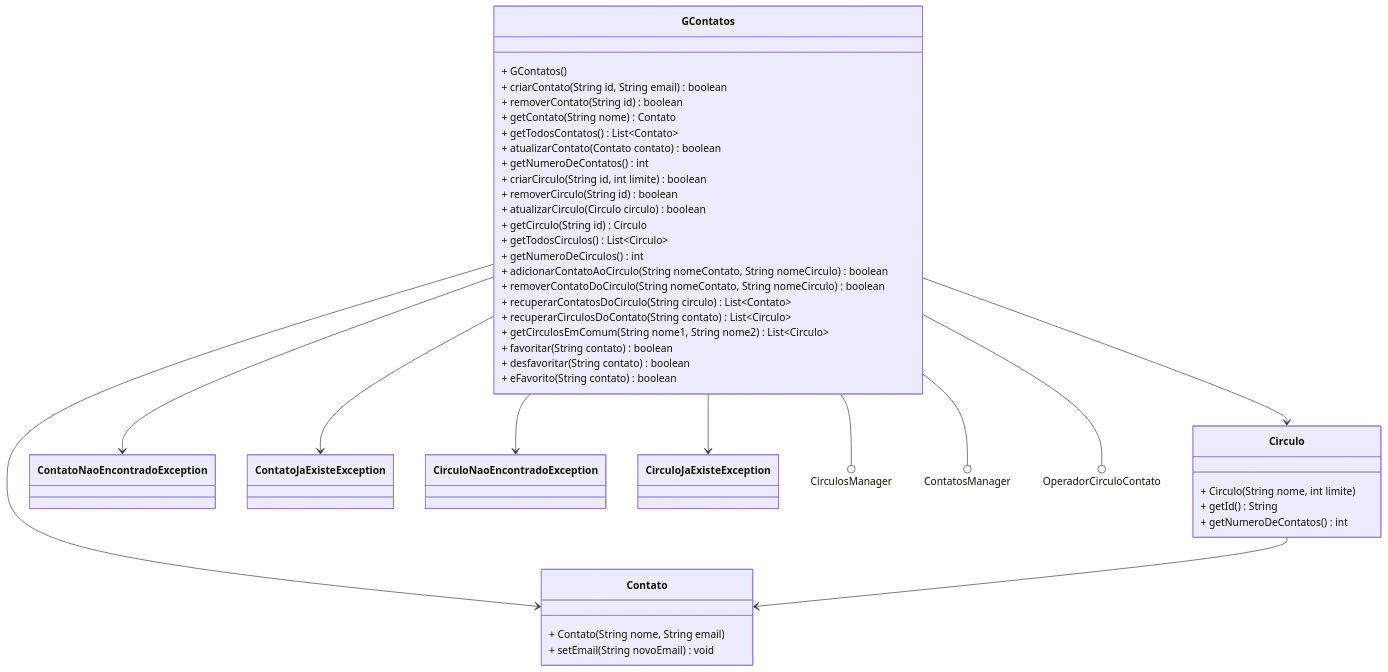
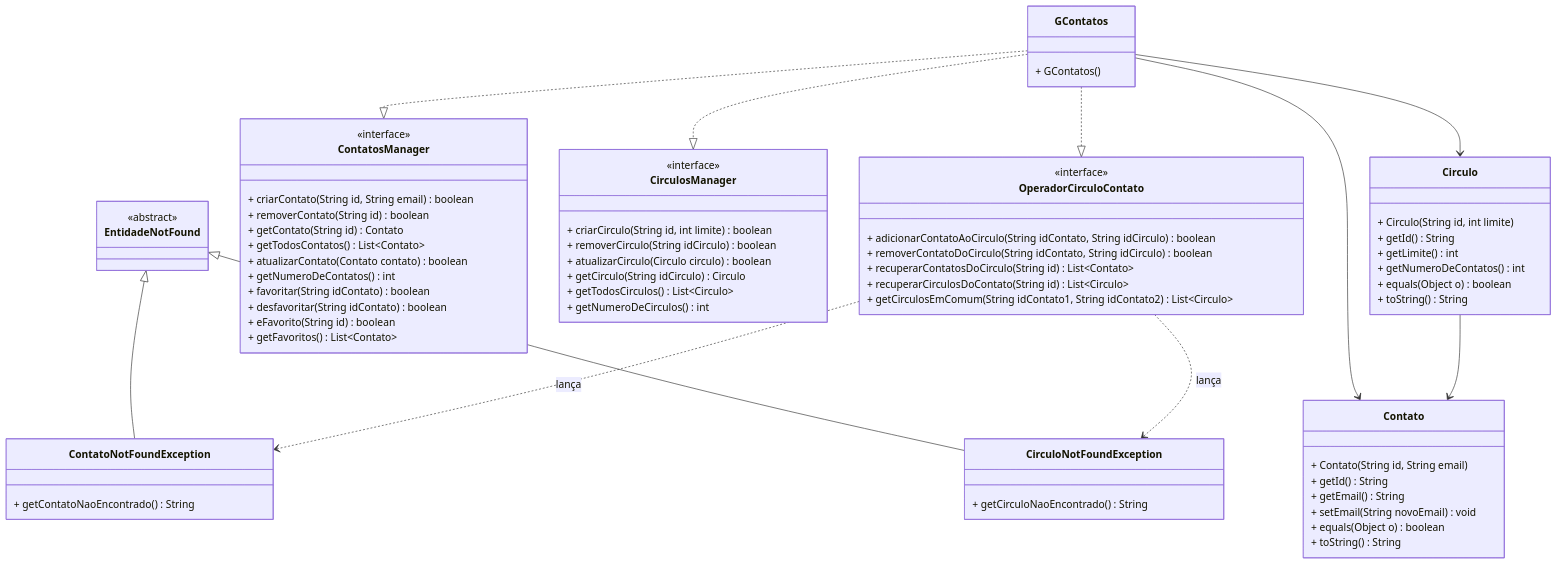
The diagram in README.md (profBruno-UFC-Qx/qxd0007-circulos), drawn with Mermaid before and after one commit. The commit also changed other lines of this file, not shown here.

````diff
--- a/README.md
+++ b/README.md
@@ -76,61 +92,80 @@
 ```mermaid
 classDiagram
     class Contato {
-        + Contato(String nome, String email)
+        + Contato(String id, String email)
+        + getId() String
+        + getEmail() String
         + setEmail(String novoEmail) void
+        + equals(Object o) boolean
+        + toString() String
     }
 
     class Circulo {
-        + Circulo(String nome, int limite)
+        + Circulo(String id, int limite)
         + getId() String
+        + getLimite() int
         + getNumeroDeContatos() int
+        + equals(Object o) boolean
+        + toString() String
+    }
+
+    class ContatosManager {
+        <<interface>>
+        + criarContato(String id, String email) boolean
+        + removerContato(String id) boolean
+        + getContato(String id) Contato
+        + getTodosContatos() List~Contato~
+        + atualizarContato(Contato contato) boolean
+        + getNumeroDeContatos() int
+        + favoritar(String idContato) boolean
+        + desfavoritar(String idContato) boolean
+        + eFavorito(String id) boolean
+        + getFavoritos() List~Contato~
+    }
+
+    class CirculosManager {
+        <<interface>>
+        + criarCirculo(String id, int limite) boolean
+        + removerCirculo(String idCirculo) boolean
+        + atualizarCirculo(Circulo circulo) boolean
+        + getCirculo(String idCirculo) Circulo
+        + getTodosCirculos() List~Circulo~
+        + getNumeroDeCirculos() int
+    }
+
+    class OperadorCirculoContato {
+        <<interface>>
+        + adicionarContatoAoCirculo(String idContato, String idCirculo) boolean
+        + removerContatoDoCirculo(String idContato, String idCirculo) boolean
+        + recuperarContatosDoCirculo(String id) List~Contato~
+        + recuperarCirculosDoContato(String id) List~Circulo~
+        + getCirculosEmComum(String idContato1, String idContato2) List~Circulo~
     }
 
     class GContatos {
         + GContatos()
-        + criarContato(String id, String email) boolean
-        + removerContato(String id) boolean
-        + getContato(String nome) Contato
-        + getTodosContatos() List~Contato~ 
-        + atualizarContato(Contato contato) boolean
-        + getNumeroDeContatos() int
-        + criarCirculo(String id, int limite) boolean
-        + removerCirculo(String id) boolean
-        + atualizarCirculo(Circulo circulo) boolean
-        + getCirculo(String id) Circulo
-        + getTodosCirculos() List~Circulo~
-        + getNumeroDeCirculos() int
-        + adicionarContatoAoCirculo(String nomeContato, String nomeCirculo) boolean
-        + removerContatoDoCirculo(String nomeContato, String nomeCirculo) boolean
-        + recuperarContatosDoCirculo(String circulo) List~Contato~
-        + recuperarCirculosDoContato(String contato) List~Circulo~
-        + getCirculosEmComum(String nome1, String nome2) List~Circulo~
-        + favoritar(String contato) boolean
-        + desfavoritar(String contato) boolean
-        + eFavorito(String contato) boolean
     }
 
-    class ContatoNaoEncontradoException {
+    class EntidadeNotFound {
+        <<abstract>>
     }
 
-    class ContatoJaExisteException {
+    class ContatoNotFoundException {
+        + getContatoNaoEncontrado() String
     }
 
-    class CirculoNaoEncontradoException {
+    class CirculoNotFoundException {
+        + getCirculoNaoEncontrado() String
     }
 
-    class CirculoJaExisteException {
-    }
-
+    GContatos ..|> ContatosManager
+    GContatos ..|> CirculosManager
+    GContatos ..|> OperadorCirculoContato
     GContatos --> Contato
     GContatos --> Circulo
     Circulo --> Contato
-    GContatos --> ContatoNaoEncontradoException
-    GContatos --> ContatoJaExisteException
-    GContatos --> CirculoNaoEncontradoException
-    GContatos --> CirculoJaExisteException
-    GContatos --() CirculosManager
-    GContatos --() ContatosManager
-    GContatos --() OperadorCirculoContato
-
+    EntidadeNotFound <|-- ContatoNotFoundException
+    EntidadeNotFound <|-- CirculoNotFoundException
+    OperadorCirculoContato ..> ContatoNotFoundException : lança
+    OperadorCirculoContato ..> CirculoNotFoundException : lança
 ```
````
